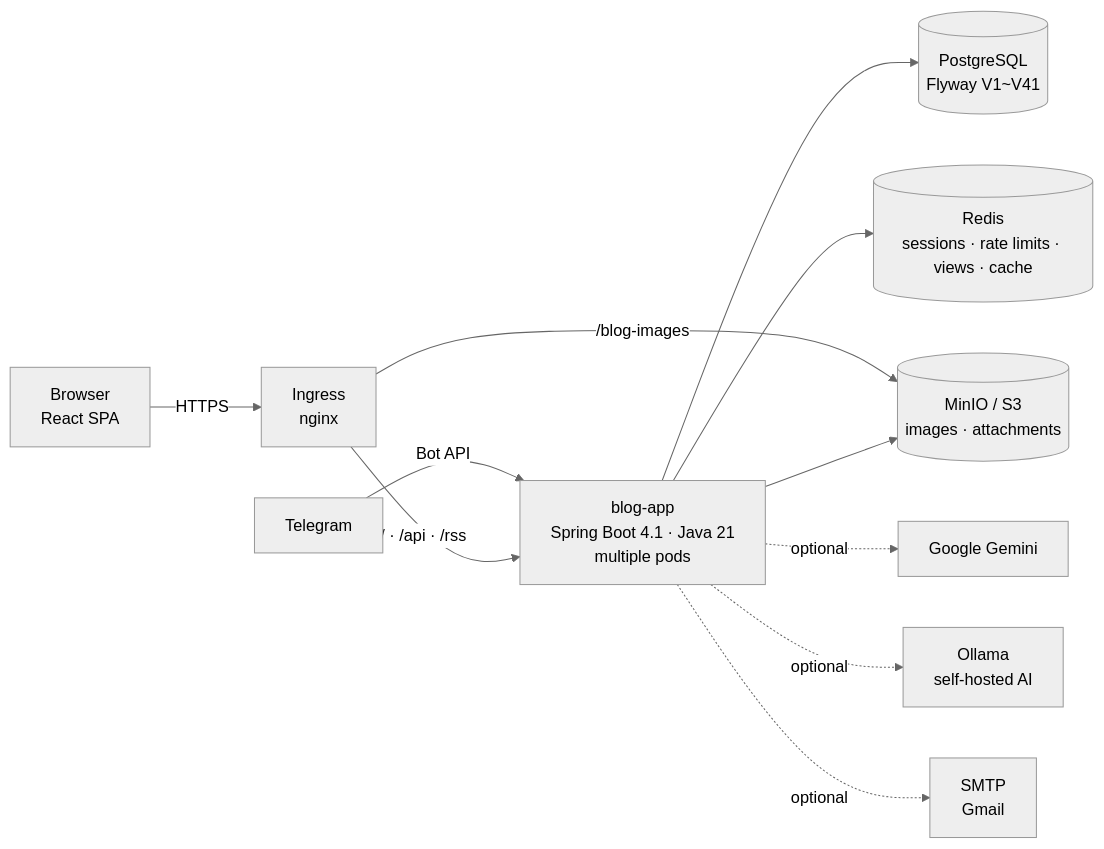
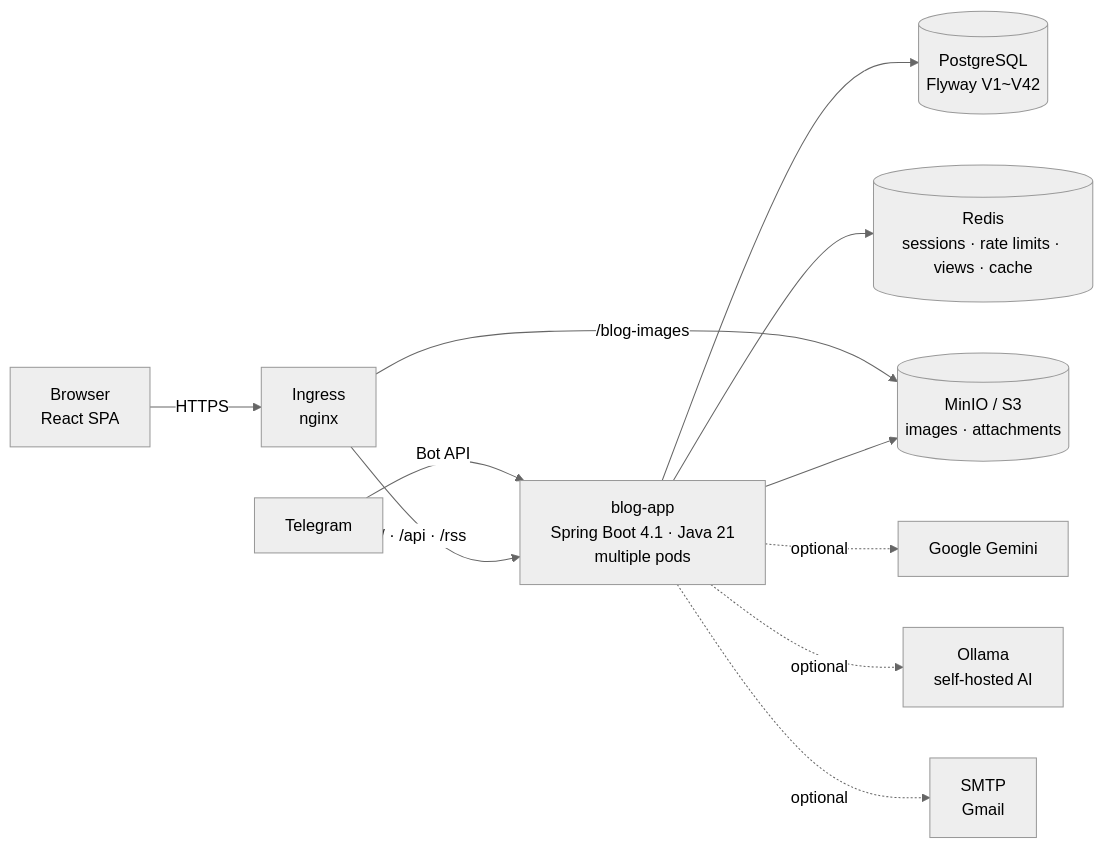
One commit to AIGJ-01-002-blog/devlog changed the first of 3 diagrams in README.en.md. Above: the diagram before and after it, drawn with Mermaid (neutral theme). The commit also changed other lines of this file and 28 other files, not shown here.

````diff
--- a/README.en.md
+++ b/README.en.md
@@ -151,13 +151,13 @@
 ```mermaid
 flowchart LR
     B[Browser<br/>React SPA] -->|HTTPS| I[Ingress<br/>nginx]
     T[Telegram] -->|Bot API| A
     I -->|/ · /api · /rss| A[blog-app<br/>Spring Boot 4.1 · Java 21<br/>multiple pods]
     I -->|/blog-images| M[(MinIO / S3<br/>images · attachments)]
-    A --> P[(PostgreSQL<br/>Flyway V1~V41)]
+    A --> P[(PostgreSQL<br/>Flyway V1~V42)]
     A --> R[(Redis<br/>sessions · rate limits · views · cache)]
     A --> M
     A -.optional.-> G[Google Gemini]
     A -.optional.-> O[Ollama<br/>self-hosted AI]
     A -.optional.-> S[SMTP<br/>Gmail]
 ```
````
